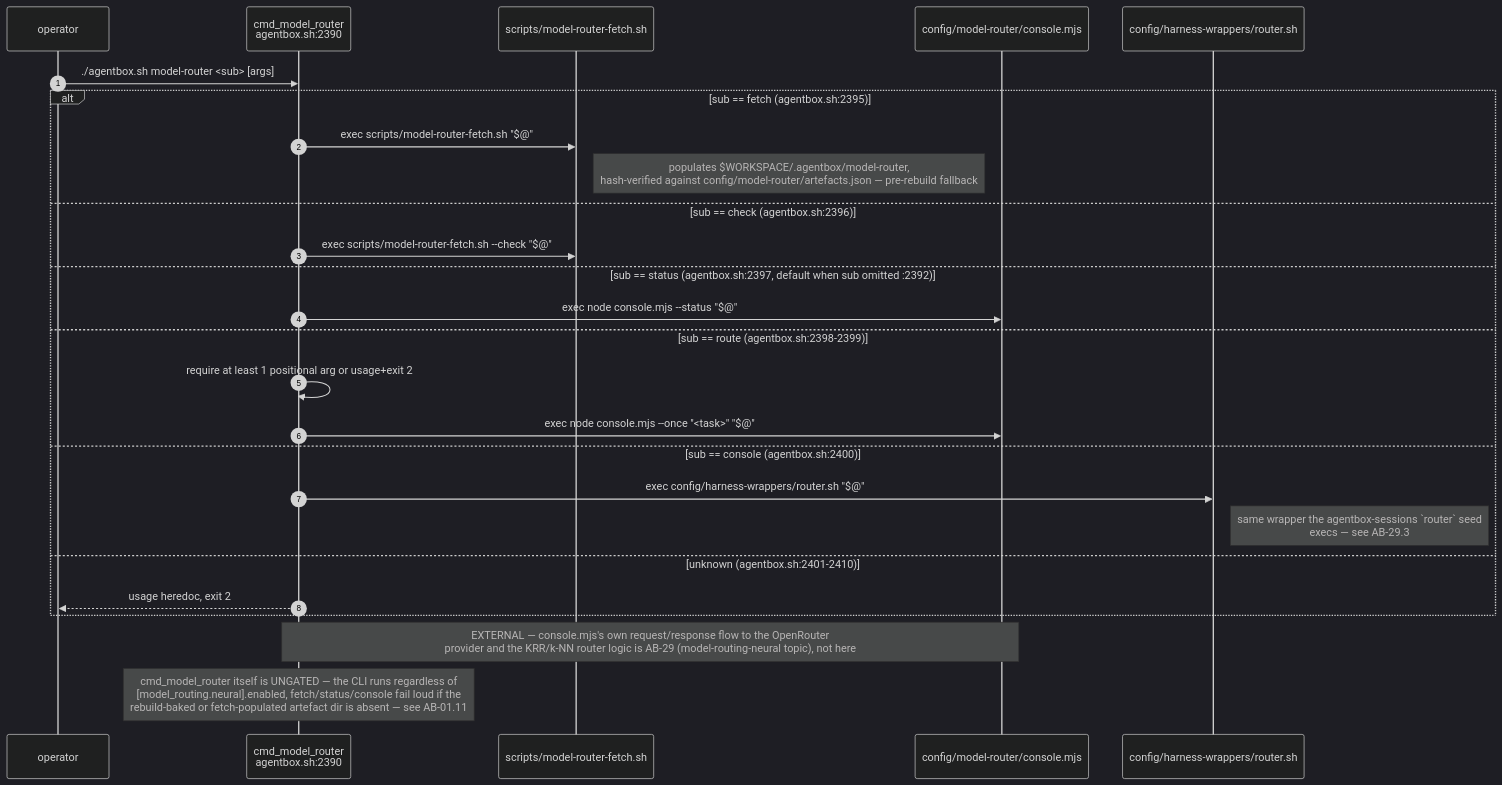
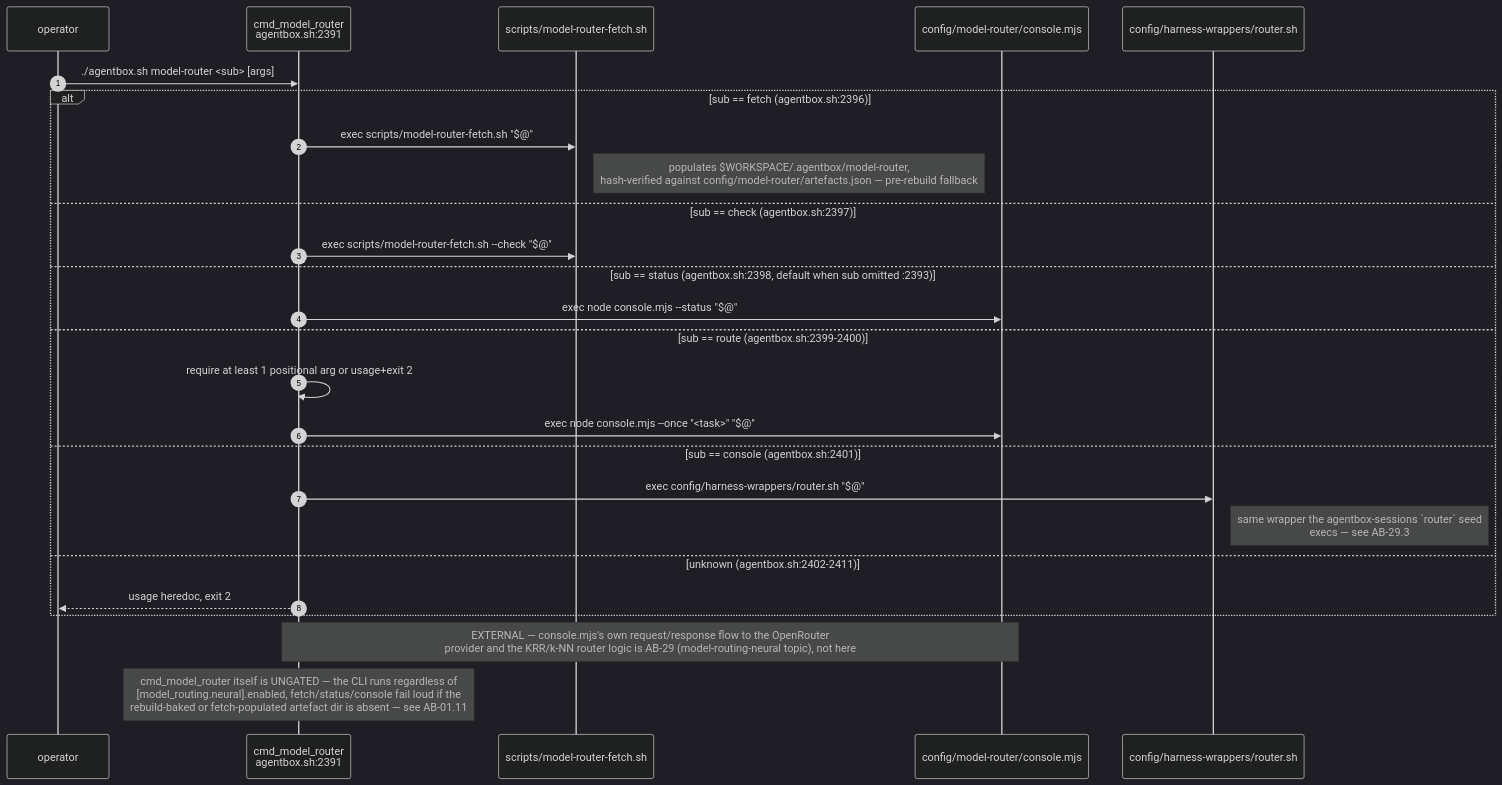
One commit to DreamLab-AI/VisionFlow changed diagram 11 of 16 in docs/diagrams/agentbox/05-manifest-gates-and-cli.md. Above: the diagram before and after it, drawn with Mermaid (dark theme). The commit also changed other lines of this file and 173 other files, not shown here.

````diff
--- a/docs/diagrams/agentbox/05-manifest-gates-and-cli.md
+++ b/docs/diagrams/agentbox/05-manifest-gates-and-cli.md
@@ -357,30 +359,30 @@
 ```mermaid
 sequenceDiagram
     autonumber
     participant OP as operator
-    participant AB as cmd_model_router<br/>agentbox.sh:2390
+    participant AB as cmd_model_router<br/>agentbox.sh:2391
     participant FETCH as scripts/model-router-fetch.sh
     participant CONSOLE as config/model-router/console.mjs
     participant WRAP as config/harness-wrappers/router.sh
 
     OP->>AB: ./agentbox.sh model-router <sub> [args]
-    alt sub == fetch (agentbox.sh:2395)
+    alt sub == fetch (agentbox.sh:2396)
         AB->>FETCH: exec scripts/model-router-fetch.sh "$@"
         Note right of FETCH: populates $WORKSPACE/.agentbox/model-router,<br/>hash-verified against config/model-router/artefacts.json — pre-rebuild fallback
-    else sub == check (agentbox.sh:2396)
+    else sub == check (agentbox.sh:2397)
         AB->>FETCH: exec scripts/model-router-fetch.sh --check "$@"
-    else sub == status (agentbox.sh:2397, default when sub omitted :2392)
+    else sub == status (agentbox.sh:2398, default when sub omitted :2393)
         AB->>CONSOLE: exec node console.mjs --status "$@"
-    else sub == route (agentbox.sh:2398-2399)
+    else sub == route (agentbox.sh:2399-2400)
         AB->>AB: require at least 1 positional arg or usage+exit 2
         AB->>CONSOLE: exec node console.mjs --once "<task>" "$@"
-    else sub == console (agentbox.sh:2400)
+    else sub == console (agentbox.sh:2401)
         AB->>WRAP: exec config/harness-wrappers/router.sh "$@"
         Note right of WRAP: same wrapper the agentbox-sessions `router` seed<br/>execs — see AB-29.3
-    else unknown (agentbox.sh:2401-2410)
+    else unknown (agentbox.sh:2402-2411)
         AB-->>OP: usage heredoc, exit 2
     end
 
     Note over AB,CONSOLE: EXTERNAL — console.mjs's own request/response flow to the OpenRouter<br/>provider and the KRR/k-NN router logic is AB-29 (model-routing-neural topic), not here
     Note over AB: cmd_model_router itself is UNGATED — the CLI runs regardless of<br/>[model_routing.neural].enabled, fetch/status/console fail loud if the<br/>rebuild-baked or fetch-populated artefact dir is absent — see AB-01.11
 ```
````
